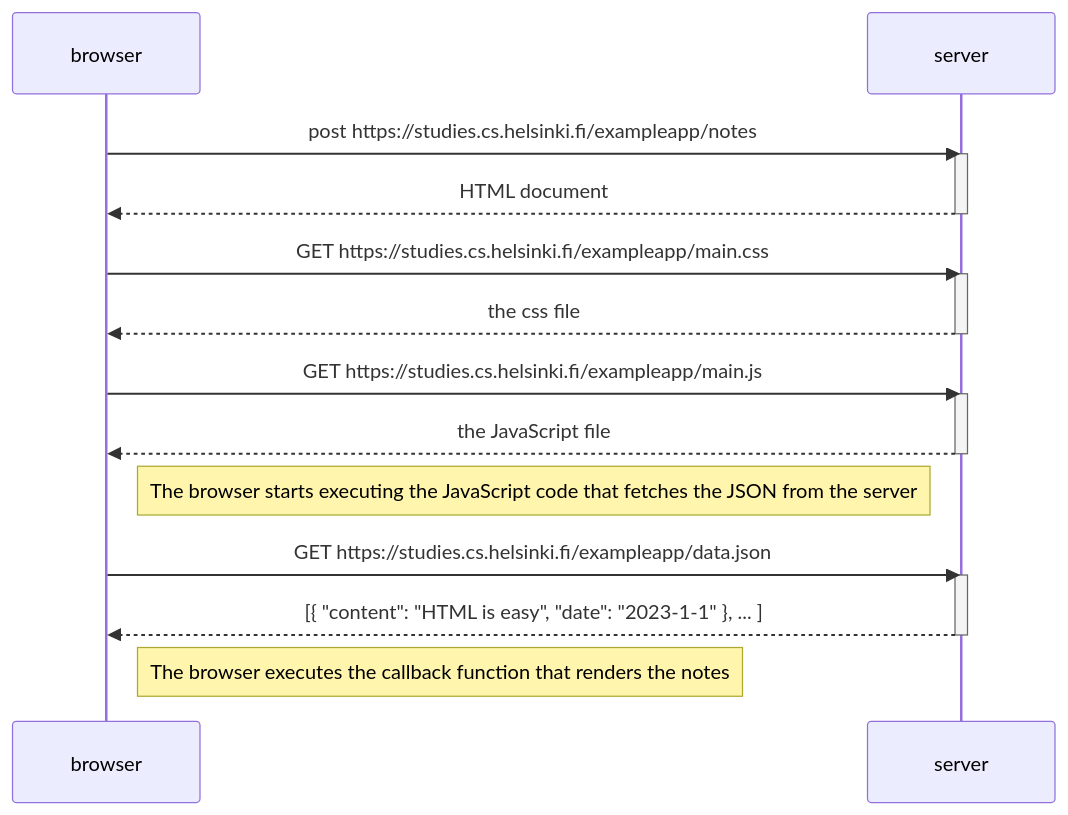
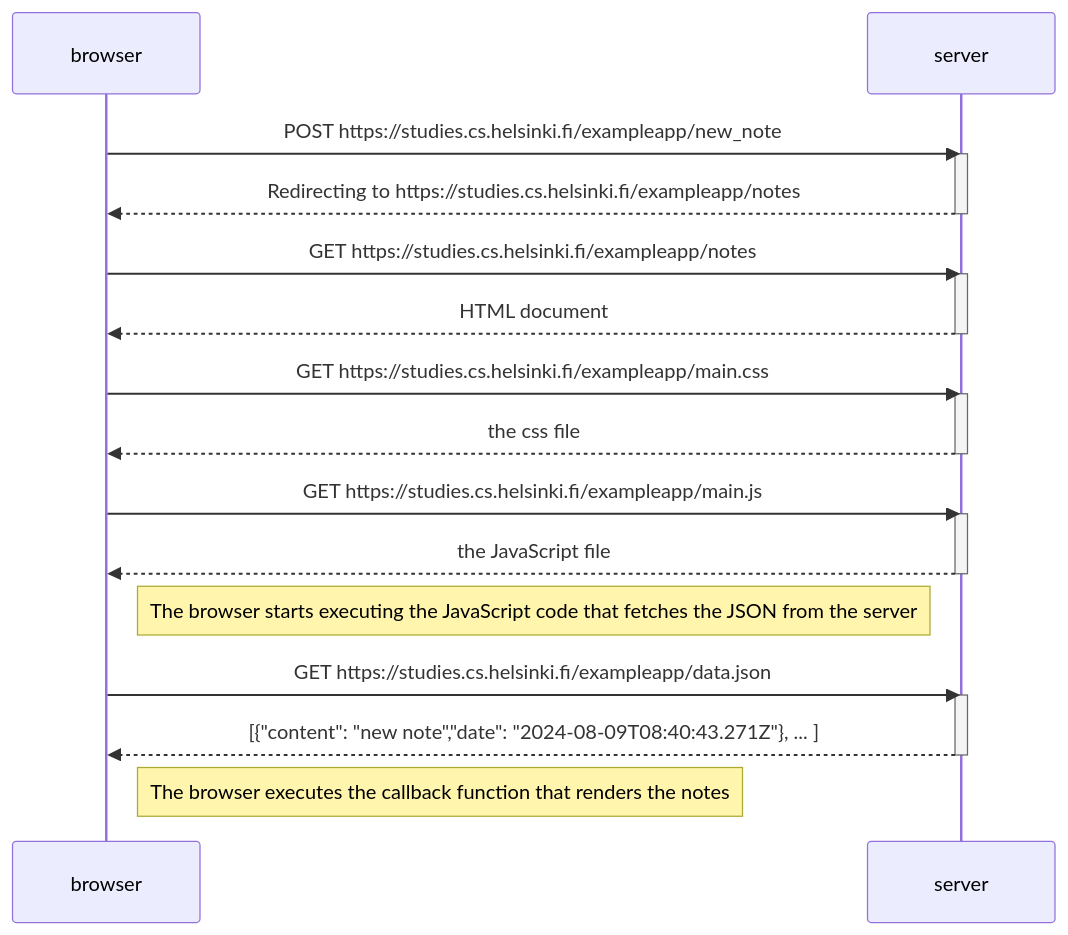
The diagram in Osa_0/0.4.md (KManStacker/FULLSTACK_palautusrepo), drawn with Mermaid before and after one commit.

````diff
--- a/Osa_0/0.4.md
+++ b/Osa_0/0.4.md
@@ -1,29 +1,38 @@
 ```mermaid
 sequenceDiagram
     participant browser
     participant server
     
-    browser->>server: post https://studies.cs.helsinki.fi/exampleapp/notes
+    browser->>server: POST https://studies.cs.helsinki.fi/exampleapp/new_note
+    activate server
+    server-->>browser: Redirecting to https://studies.cs.helsinki.fi/exampleapp/notes
+    deactivate server
+    
+
+    browser->>server: GET https://studies.cs.helsinki.fi/exampleapp/notes
     activate server
     server-->>browser: HTML document
     deactivate server
-    
+
+
     browser->>server: GET https://studies.cs.helsinki.fi/exampleapp/main.css
     activate server
     server-->>browser: the css file
     deactivate server
     
+
     browser->>server: GET https://studies.cs.helsinki.fi/exampleapp/main.js
     activate server
     server-->>browser: the JavaScript file
     deactivate server
     
     Note right of browser: The browser starts executing the JavaScript code that fetches the JSON from the server
     
+
     browser->>server: GET https://studies.cs.helsinki.fi/exampleapp/data.json
     activate server
-    server-->>browser: [{ "content": "HTML is easy", "date": "2023-1-1" }, ... ]
+    server-->>browser: [{"content": "new note","date": "2024-08-09T08:40:43.271Z"}, ... ]
     deactivate server    
 
     Note right of browser: The browser executes the callback function that renders the notes 
 ```
````
